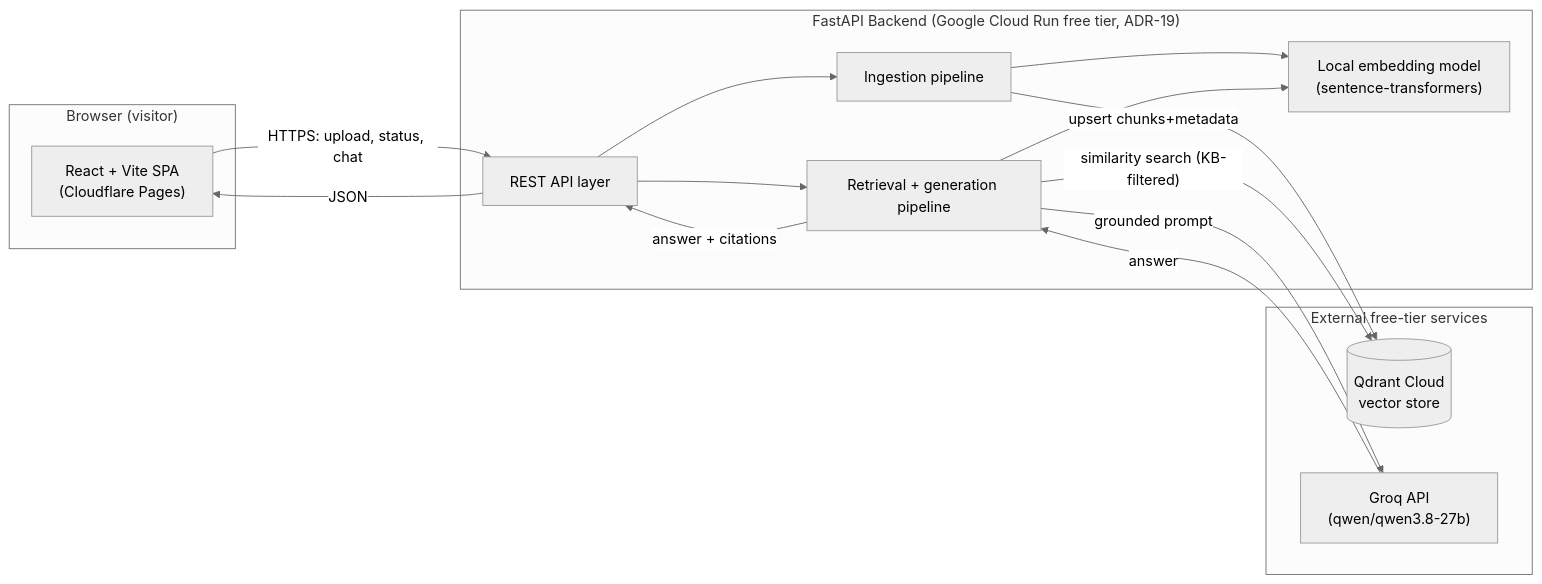
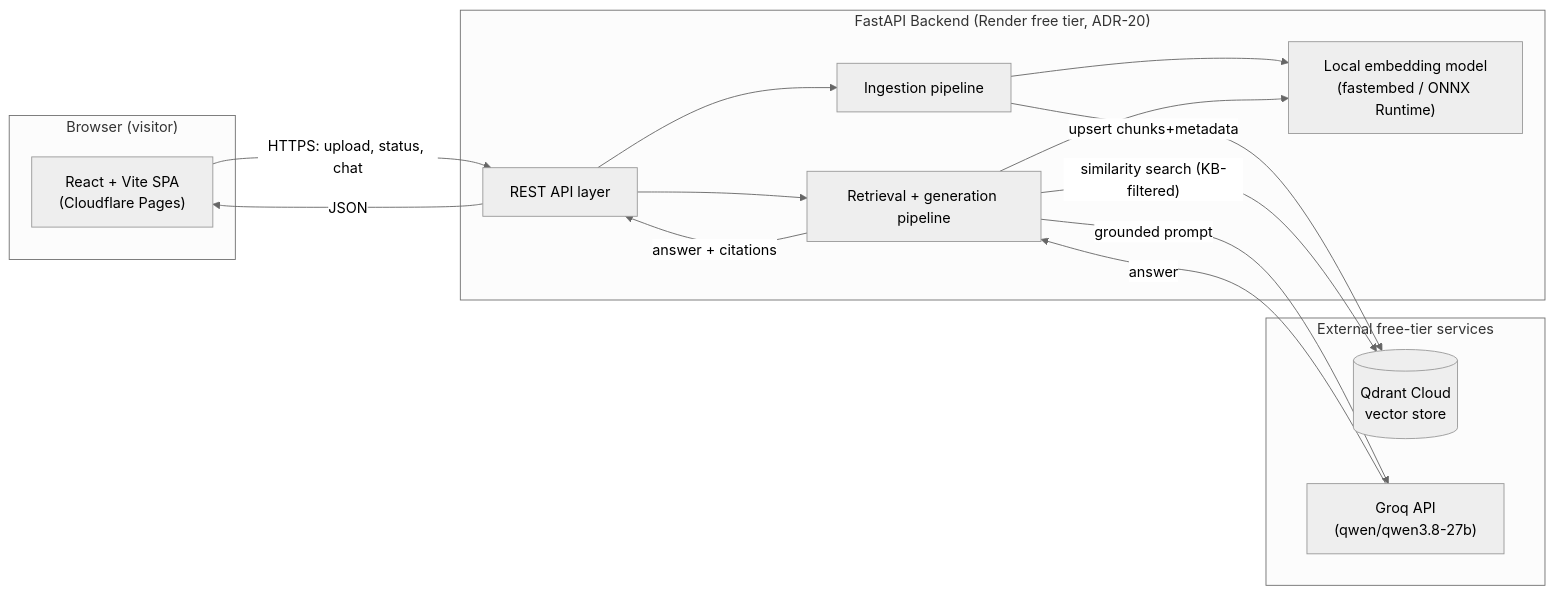
One commit to ameyg23/RAG_Project changed the first of 4 diagrams in ARCHITECTURE.md. Above: the diagram before and after it, drawn with Mermaid (neutral theme). The commit also changed other lines of this file and 13 other files, not shown here.

First line of the commit message:
Fix Render OOM by moving embeddings to fastembed/ONNX (ADR-20); revert to Render

````diff
--- a/ARCHITECTURE.md
+++ b/ARCHITECTURE.md
@@ -8,30 +8,30 @@
 ```mermaid
 flowchart LR
     subgraph Client["Browser (visitor)"]
         UI["React + Vite SPA\n(Cloudflare Pages)"]
     end
 
-    subgraph Backend["FastAPI Backend (Google Cloud Run free tier, ADR-19)"]
+    subgraph Backend["FastAPI Backend (Render free tier, ADR-20)"]
         API["REST API layer"]
         ING["Ingestion pipeline"]
         RET["Retrieval + generation pipeline"]
-        EMB["Local embedding model\n(sentence-transformers)"]
+        EMB["Local embedding model\n(fastembed / ONNX Runtime)"]
     end
 
     subgraph External["External free-tier services"]
         VDB[("Qdrant Cloud\nvector store")]
         LLM["Groq API\n(qwen/qwen3.8-27b)"]
     end
 
     UI -- "HTTPS: upload, status, chat" --> API
     API --> ING
     API --> RET
     ING --> EMB
     RET --> EMB
     ING -- "upsert chunks+metadata" --> VDB
     RET -- "similarity search (KB-filtered)" --> VDB
     RET -- "grounded prompt" --> LLM
     LLM -- "answer" --> RET
     RET -- "answer + citations" --> API
     API -- "JSON" --> UI
 ```
````
